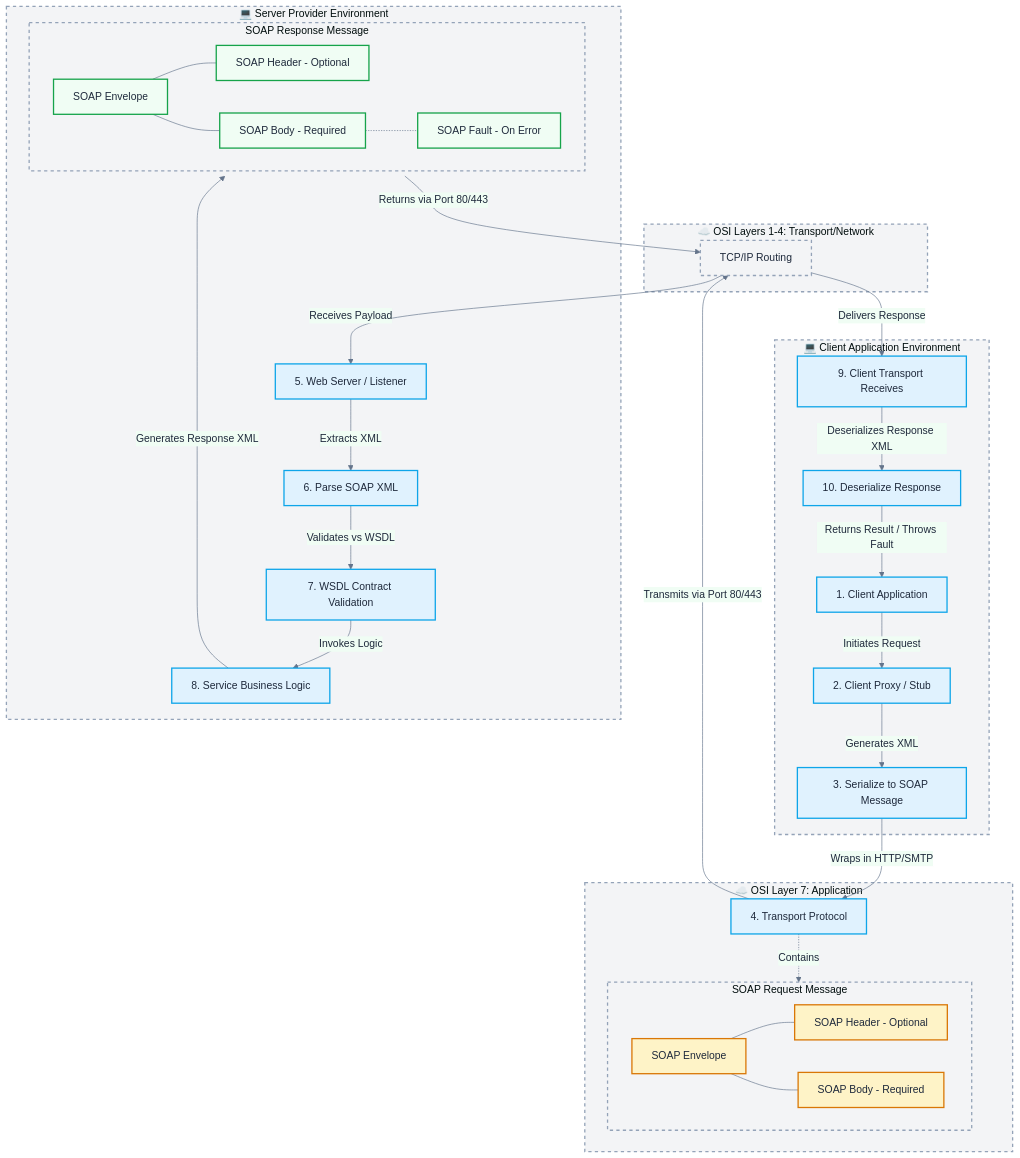
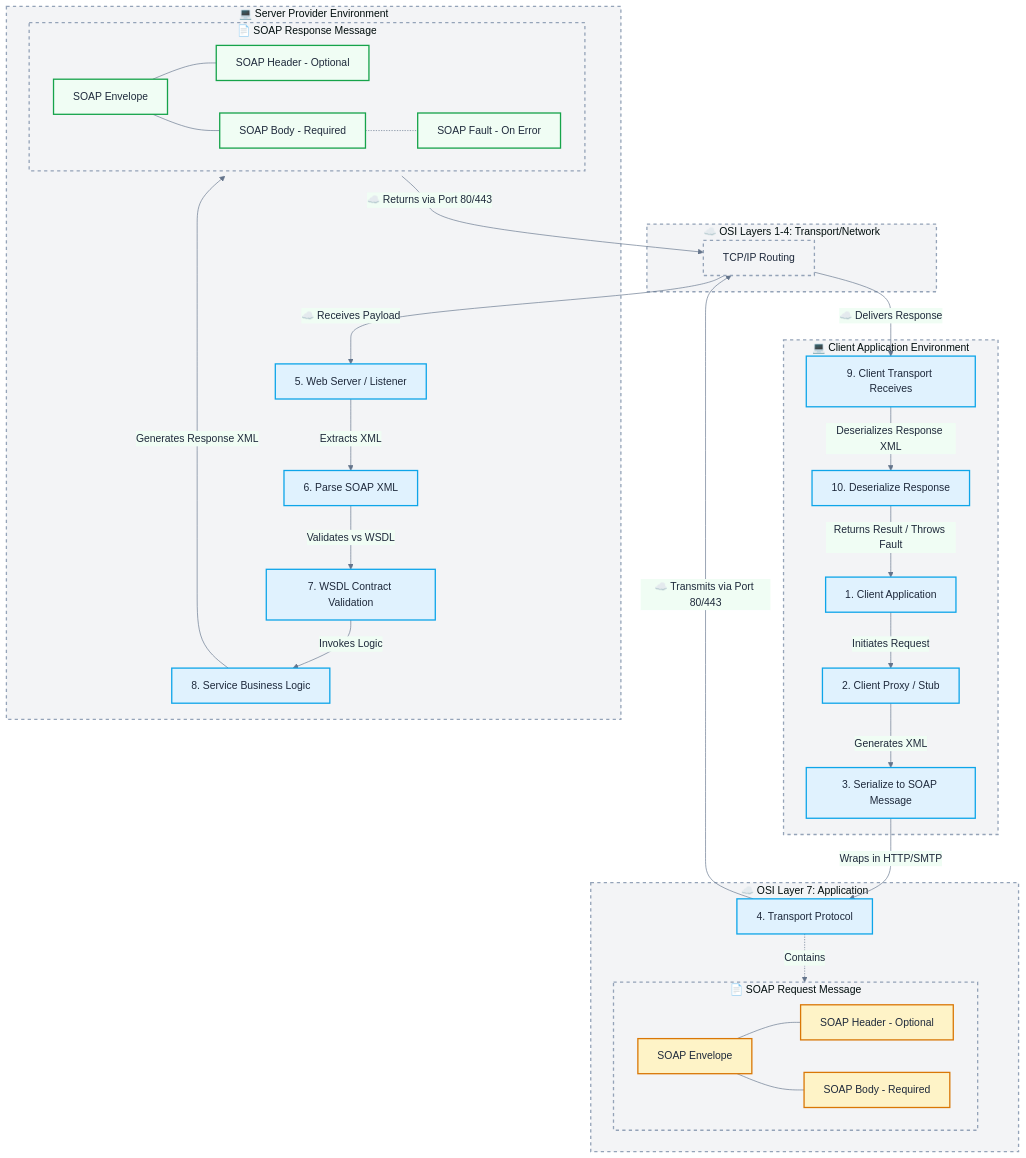
Before and after one commit to chrisseanhayes/soap-viewer: the diagram in soap/data/diagram.mmd, drawn with Mermaid.

Commit message:
add more layer icons

```diff
--- a/soap/data/diagram.mmd
+++ b/soap/data/diagram.mmd
@@ -1,89 +1,89 @@
 %%{init: {'theme': 'base', 'themeVariables': { 'primaryColor': '#eff6ff', 'primaryTextColor': '#1e293b', 'primaryBorderColor': '#3b82f6', 'lineColor': '#64748b', 'secondaryColor': '#f0fdf4', 'tertiaryColor': '#fef2f2'}}}%%
 graph TD
     classDef osiLayer fill:#f3f4f6,stroke:#94a3b8,stroke-width:2px,stroke-dasharray:5 5;
     classDef process fill:#e0f2fe,stroke:#0ea5e9,stroke-width:2px;
     classDef soapLayer fill:#fef3c7,stroke:#d97706,stroke-width:2px;
     classDef soapResponse fill:#f0fdf4,stroke:#16a34a,stroke-width:2px;
     classDef clickable cursor:pointer,transition:all 0.2s;
 
     subgraph Client [💻 Client Application Environment]
         AppClient[1. Client Application] -->|Initiates Request| Proxy[2. Client Proxy / Stub]
         Proxy -->|Generates XML| Serialize[3. Serialize to SOAP Message]
         ClientTransport[9. Client Transport Receives] -->|Deserializes Response XML| Deserialize2[10. Deserialize Response]
         Deserialize2 -->|Returns Result / Throws Fault| AppClient
         class AppClient,Proxy,Serialize,ClientTransport,Deserialize2 process;
         class AppClient,Proxy,Serialize,ClientTransport,Deserialize2 clickable;
     end
 
     subgraph OSILayer7 [☁️ OSI Layer 7: Application]
         Serialize -->|Wraps in HTTP/SMTP| TransportProtocol[4. Transport Protocol]
         class TransportProtocol process;
         class TransportProtocol clickable;
 
-        subgraph SOAPMessage [SOAP Request Message]
+        subgraph SOAPMessage [📄 SOAP Request Message]
             ReqEnvelope[SOAP Envelope]
             ReqHeader[SOAP Header - Optional]
             ReqBody[SOAP Body - Required]
             ReqEnvelope --- ReqHeader
             ReqEnvelope --- ReqBody
             class ReqEnvelope,ReqHeader,ReqBody soapLayer;
             class ReqEnvelope,ReqHeader,ReqBody clickable;
         end
         TransportProtocol -.->|Contains| SOAPMessage
     end
 
     subgraph OSILowerLayers [☁️ OSI Layers 1-4: Transport/Network]
         TCP[TCP/IP Routing]
         class TCP osiLayer;
         class TCP clickable;
     end
-    TransportProtocol -->|Transmits via Port 80/443| TCP
+    TransportProtocol -->|☁️ Transmits via Port 80/443| TCP
 
     subgraph Server [💻 Server Provider Environment]
-        TCP -->|Receives Payload| ServerTransport[5. Web Server / Listener]
+        TCP -->|☁️ Receives Payload| ServerTransport[5. Web Server / Listener]
         ServerTransport -->|Extracts XML| Deserialize[6. Parse SOAP XML]
         Deserialize -->|Validates vs WSDL| Validate[7. WSDL Contract Validation]
         Validate -->|Invokes Logic| AppServer[8. Service Business Logic]
 
-        subgraph SOAPResponse [SOAP Response Message]
+        subgraph SOAPResponse [📄 SOAP Response Message]
             RespEnvelope[SOAP Envelope]
             RespHeader[SOAP Header - Optional]
             RespBody[SOAP Body - Required]
             RespFault[SOAP Fault - On Error]
             RespEnvelope --- RespHeader
             RespEnvelope --- RespBody
             RespBody -.- RespFault
             class RespEnvelope,RespHeader,RespBody,RespFault soapResponse;
             class RespEnvelope,RespHeader,RespBody,RespFault clickable;
         end
 
         AppServer -->|Generates Response XML| SOAPResponse
         class ServerTransport,Deserialize,Validate,AppServer process;
         class ServerTransport,Deserialize,Validate,AppServer clickable;
     end
 
-    SOAPResponse -->|Returns via Port 80/443| TCP
-    TCP -->|Delivers Response| ClientTransport
+    SOAPResponse -->|☁️ Returns via Port 80/443| TCP
+    TCP -->|☁️ Delivers Response| ClientTransport
 
     class Client,Server osiLayer;
     class OSILayer7,SOAPMessage,SOAPResponse,OSILowerLayers osiLayer;
     class Client,OSILayer7,SOAPMessage,SOAPResponse,OSILowerLayers,Server clickable;
 
  click AppClient call showDetails() "Details on Client"
  click Proxy call showDetails() "Details on Proxy"
  click Serialize call showDetails() "Details on Serialization"
  click TransportProtocol call showDetails() "Details on Transport"
  click ReqEnvelope call showDetails() "Details on Request Envelope"
  click ReqHeader call showDetails() "Details on Request Header"
  click ReqBody call showDetails() "Details on Request Body"
  click TCP call showDetails() "Details on Networking"
  click ServerTransport call showDetails() "Details on Web Server"
  click Deserialize call showDetails() "Details on Parsing"
  click Validate call showDetails() "Details on Validation"
  click AppServer call showDetails() "Details on Logic"
  click RespEnvelope call showDetails() "Details on Response Envelope"
  click RespHeader call showDetails() "Details on Response Header"
  click RespBody call showDetails() "Details on Response Body"
  click RespFault call showDetails() "Details on Fault"
  click ClientTransport call showDetails() "Details on Client Transport"
  click Deserialize2 call showDetails() "Details on Client Deserialization"
```
